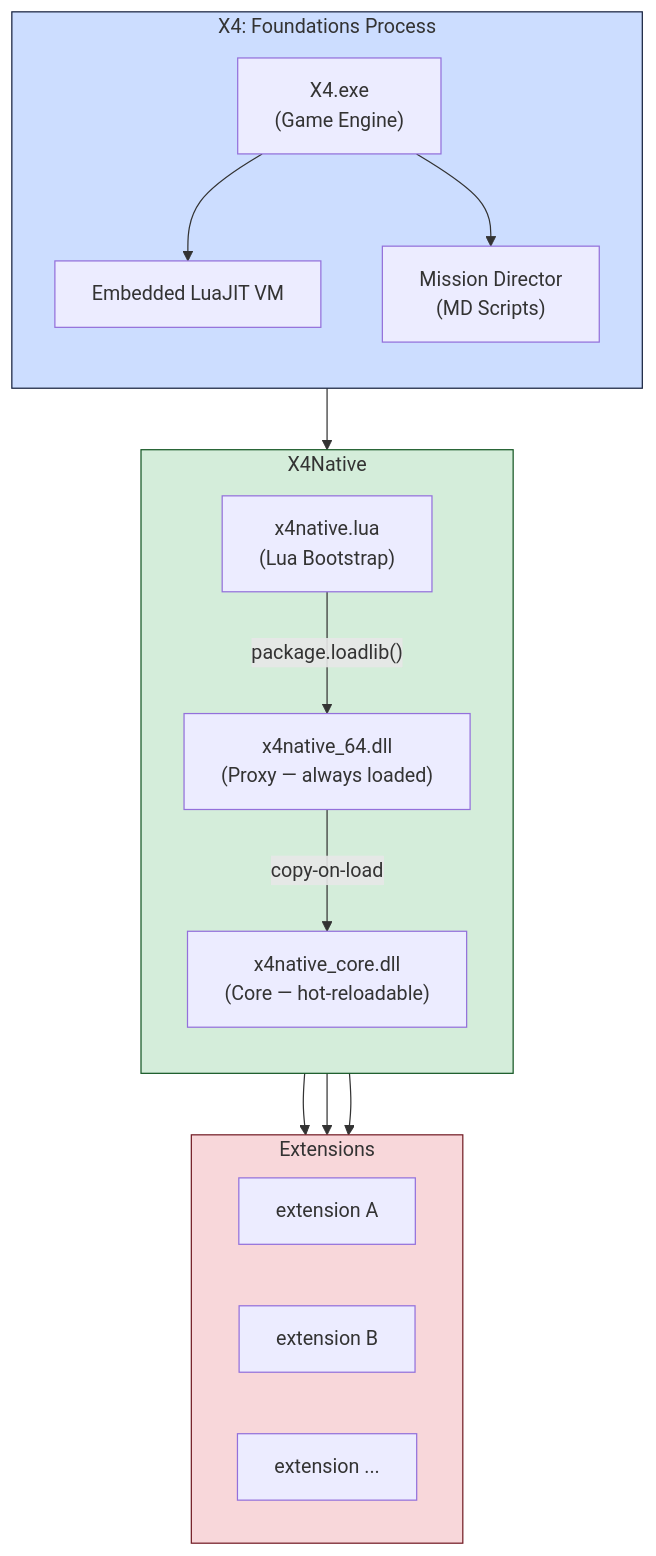
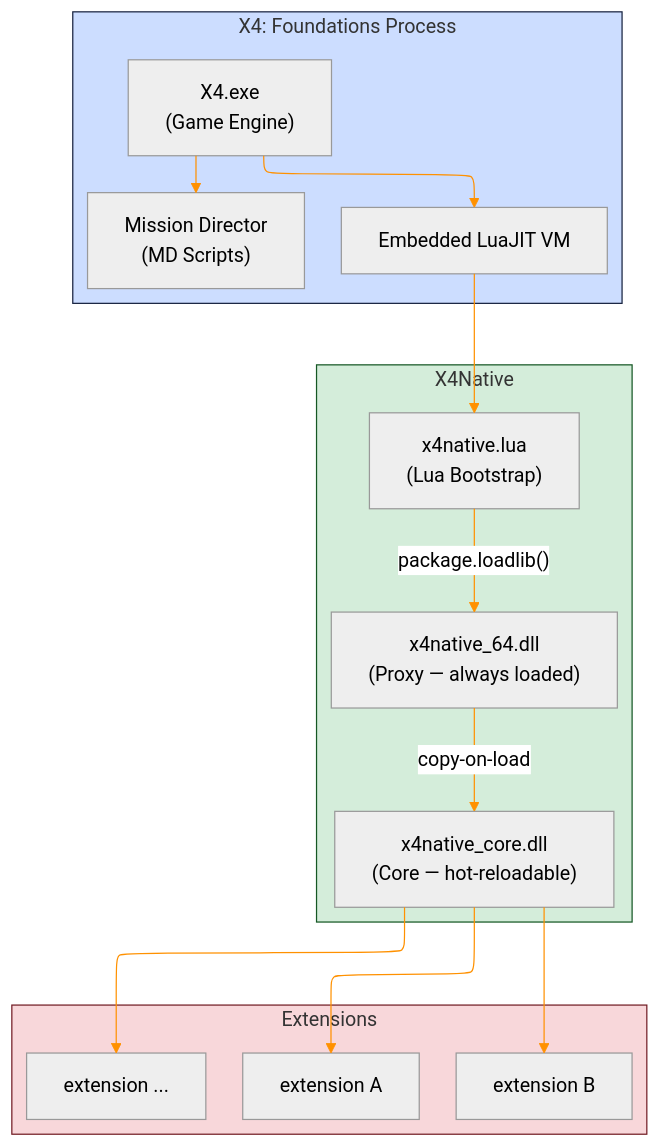
The first of 3 diagrams in docs/ARCHITECTURE.md (eg3r/X4Native), drawn with Mermaid before and after one commit. The commit also changed other lines of this file and 12 other files, not shown here.

````diff
--- a/docs/ARCHITECTURE.md
+++ b/docs/ARCHITECTURE.md
@@ -16,36 +16,43 @@
 ```mermaid
+---
+config:
+    layout: 'elk'
+    theme: 'neutral'
+    themeVariables:
+        lineColor: '#ff9100'
+---
 graph TB
     subgraph X4["X4: Foundations Process"]
         direction TB
         EXE["X4.exe<br/>(Game Engine)"]
         LJ["Embedded LuaJIT VM"]
         MD["Mission Director<br/>(MD Scripts)"]
         EXE --> LJ
         EXE --> MD
     end
 
     subgraph X4N["X4Native"]
         direction TB
         LUA["x4native.lua<br/>(Lua Bootstrap)"]
         PROXY["x4native_64.dll<br/>(Proxy — always loaded)"]
         CORE["x4native_core.dll<br/>(Core — hot-reloadable)"]
         LUA -->|"package.loadlib()"| PROXY
         PROXY -->|"copy-on-load"| CORE
     end
 
     subgraph EXTS["Extensions"]
         direction LR
         EXT1["extension A"]
         EXT2["extension B"]
         EXT3["extension ..."]
     end
 
     LJ --> LUA
     CORE --> EXT1
     CORE --> EXT2
     CORE --> EXT3
 
     style X4 fill:#ccddff,stroke:#16213e
     style X4N fill:#d4edda,stroke:#155724
     style EXTS fill:#f8d7da,stroke:#721c24
 ```
````
